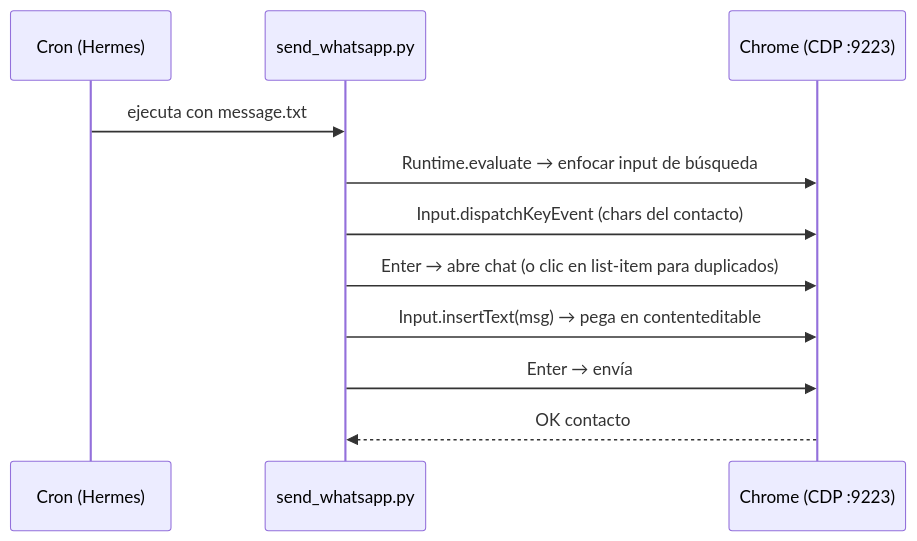
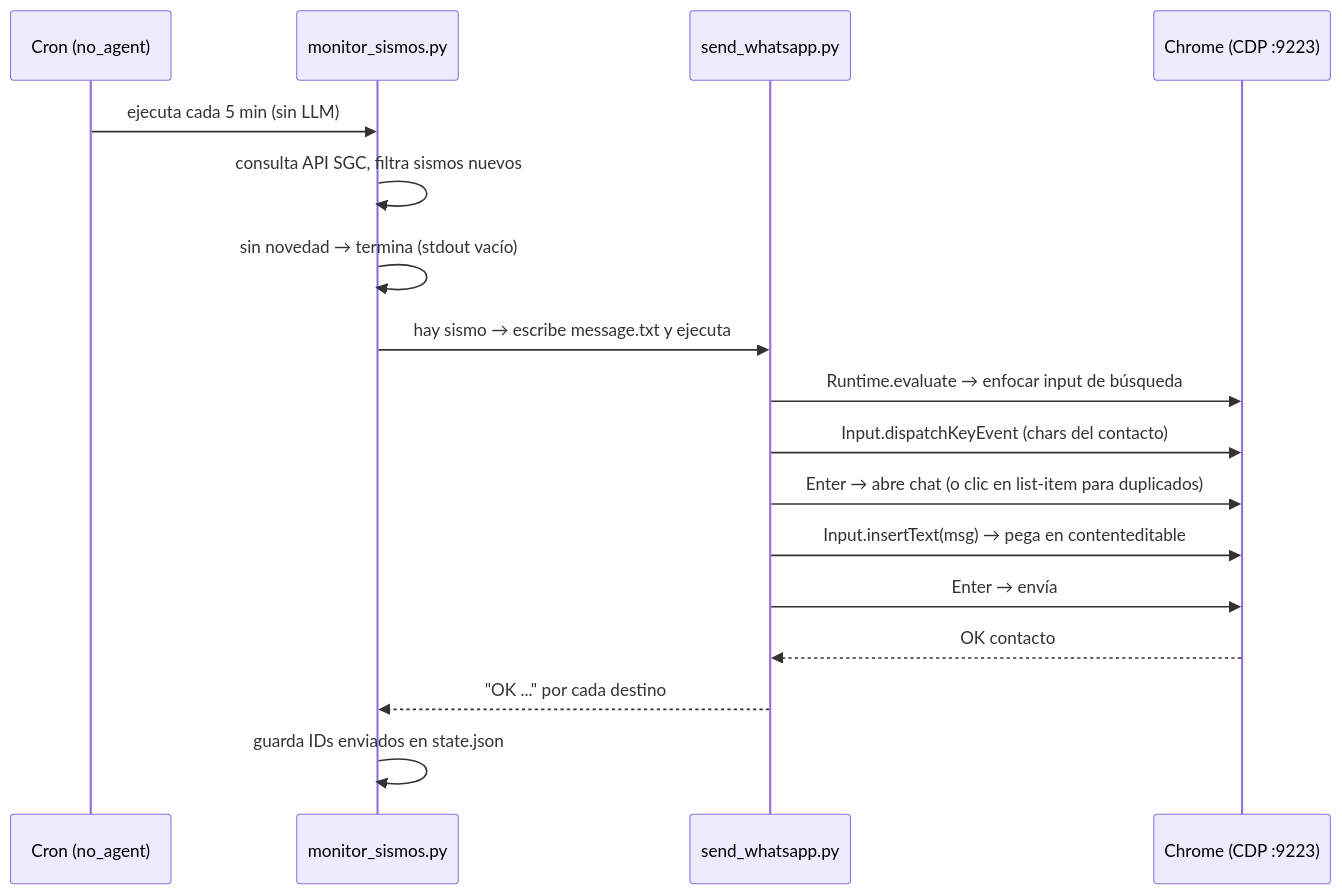
The second of 2 diagrams in README.md (DevJhonnTorres/whatsapp-sismos-alerts), drawn with Mermaid before and after one commit. The commit also changed other lines of this file and 2 other files, not shown here.

Commit message:
feat: monitor autonomo sin LLM (no_agent) + README con diagramas actualizados

````diff
--- a/README.md
+++ b/README.md
@@ -26,14 +30,20 @@
 ```mermaid
 sequenceDiagram
-    participant C as Cron (Hermes)
+    participant C as Cron (no_agent)
+    participant Mon as monitor_sismos.py
     participant W as send_whatsapp.py
     participant CH as Chrome (CDP :9223)
 
-    C->>W: ejecuta con message.txt
+    C->>Mon: ejecuta cada 5 min (sin LLM)
+    Mon->>Mon: consulta API SGC, filtra sismos nuevos
+    Mon->>Mon: sin novedad → termina (stdout vacío)
+    Mon->>W: hay sismo → escribe message.txt y ejecuta
     W->>CH: Runtime.evaluate → enfocar input de búsqueda
     W->>CH: Input.dispatchKeyEvent (chars del contacto)
     W->>CH: Enter → abre chat (o clic en list-item para duplicados)
     W->>CH: Input.insertText(msg) → pega en contenteditable
     W->>CH: Enter → envía
     CH-->>W: OK contacto
+    W-->>Mon: "OK ..." por cada destino
+    Mon->>Mon: guarda IDs enviados en state.json
 ```
````
